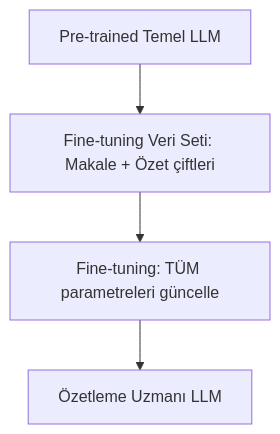
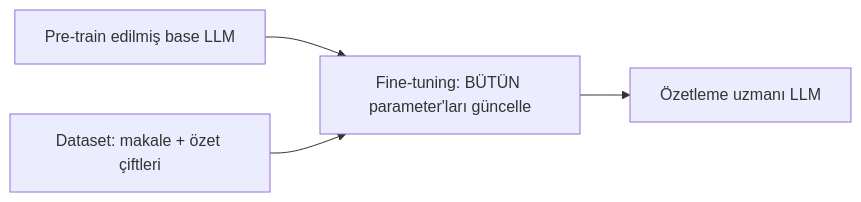
The second of 4 diagrams in mini-courses/1_fundamentals/2_training_tr.md (lokumai/ai-engineering-bazaar), drawn with Mermaid before and after one commit. The commit also changed other lines of this file and 7 other files, not shown here.

````diff
--- a/mini-courses/1_fundamentals/2_training_tr.md
+++ b/mini-courses/1_fundamentals/2_training_tr.md
@@ -84,6 +158,6 @@
 ```mermaid
-graph TD
-    A[Pre-trained Temel LLM] --> B[Fine-tuning Veri Seti: Makale + Özet çiftleri]
-    B --> C[Fine-tuning: TÜM parametreleri güncelle]
-    C --> D[Özetleme Uzmanı LLM]
+graph LR
+    A["Pre-train edilmiş base LLM"] --> C["Fine-tuning: BÜTÜN parameter'ları güncelle"]
+    B["Dataset: makale + özet çiftleri"] --> C
+    C --> D["Özetleme uzmanı LLM"]
 ```
````
